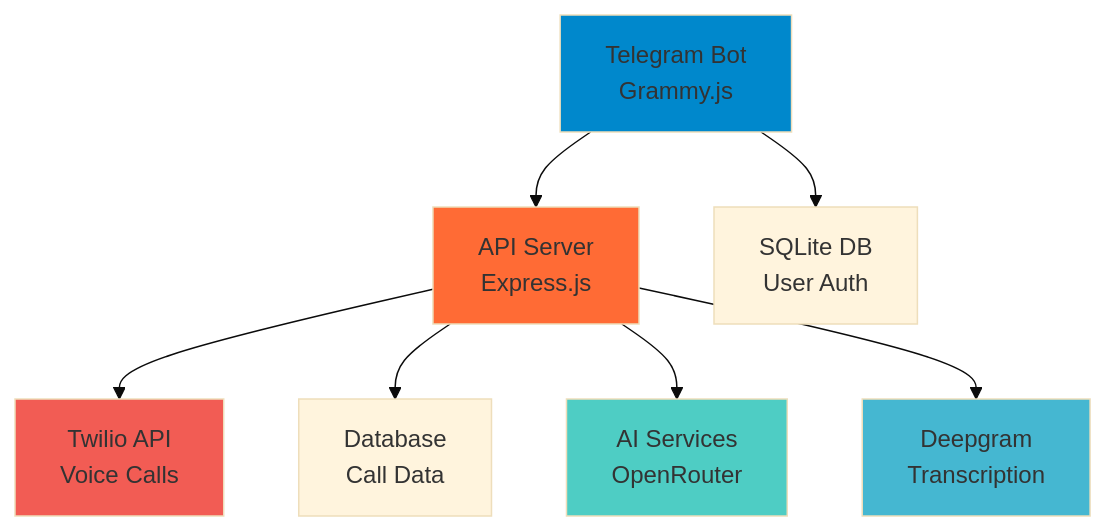
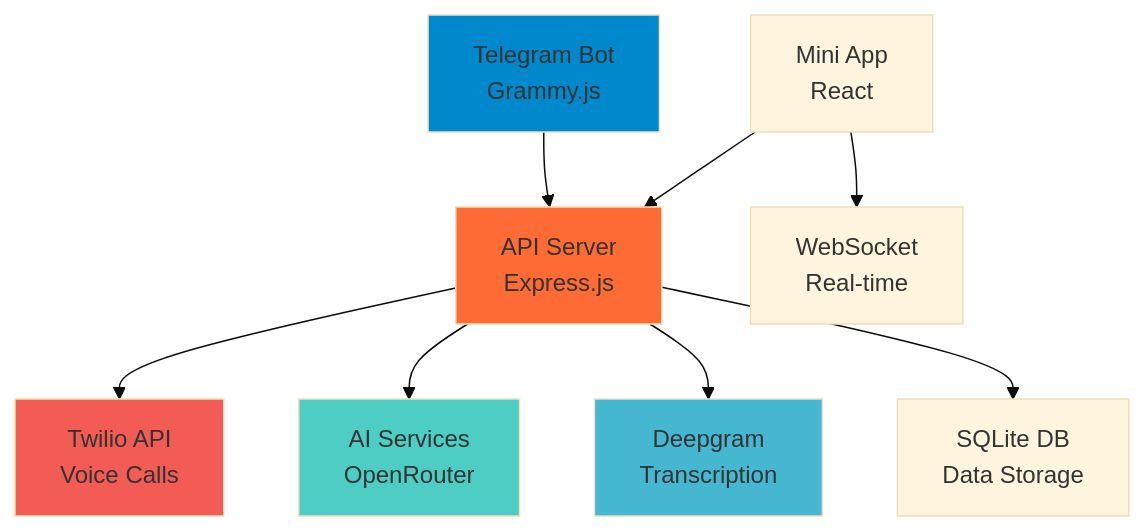
One commit to ednutlabs/voicednut changed the diagram in README.md. Above: the diagram before and after it, drawn with Mermaid (base theme). The commit also changed other lines of this file and 70 other files, not shown here.

Commit message:
update mini-app

````diff
--- a/README.md
+++ b/README.md
@@ -37,15 +46,16 @@
 ```mermaid
 graph TB
     A[Telegram Bot<br/>Grammy.js] --> B[API Server<br/>Express.js]
     B --> C[Twilio API<br/>Voice Calls]
-    A --> D[SQLite DB<br/>User Auth]
-    B --> E[Database<br/>Call Data]
+    D[Mini App<br/>React] --> B
+    D --> E[WebSocket<br/>Real-time]
     B --> F[AI Services<br/>OpenRouter]
     B --> G[Deepgram<br/>Transcription]
-    
+    B --> H[SQLite DB<br/>Data Storage]
+
     style A fill:#0088cc
     style B fill:#ff6b35
     style C fill:#f25c54
     style F fill:#4ecdc4
     style G fill:#45b7d1
 ```
````
